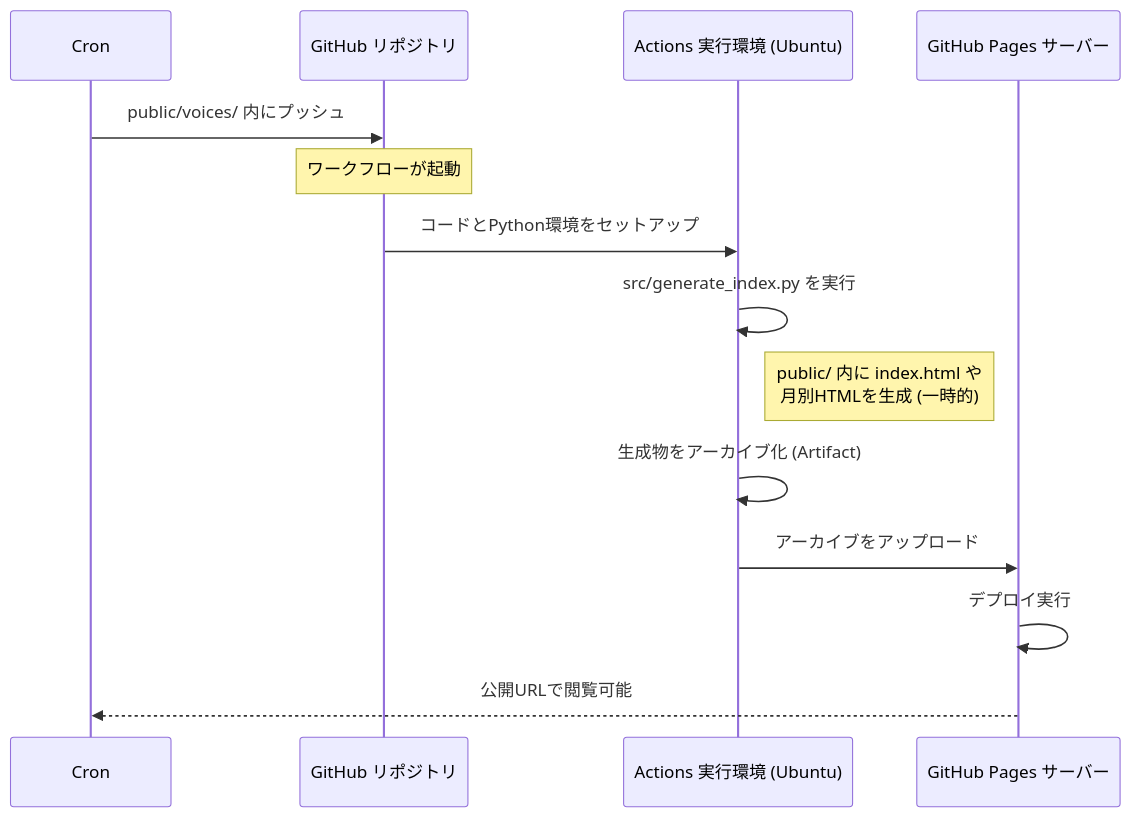
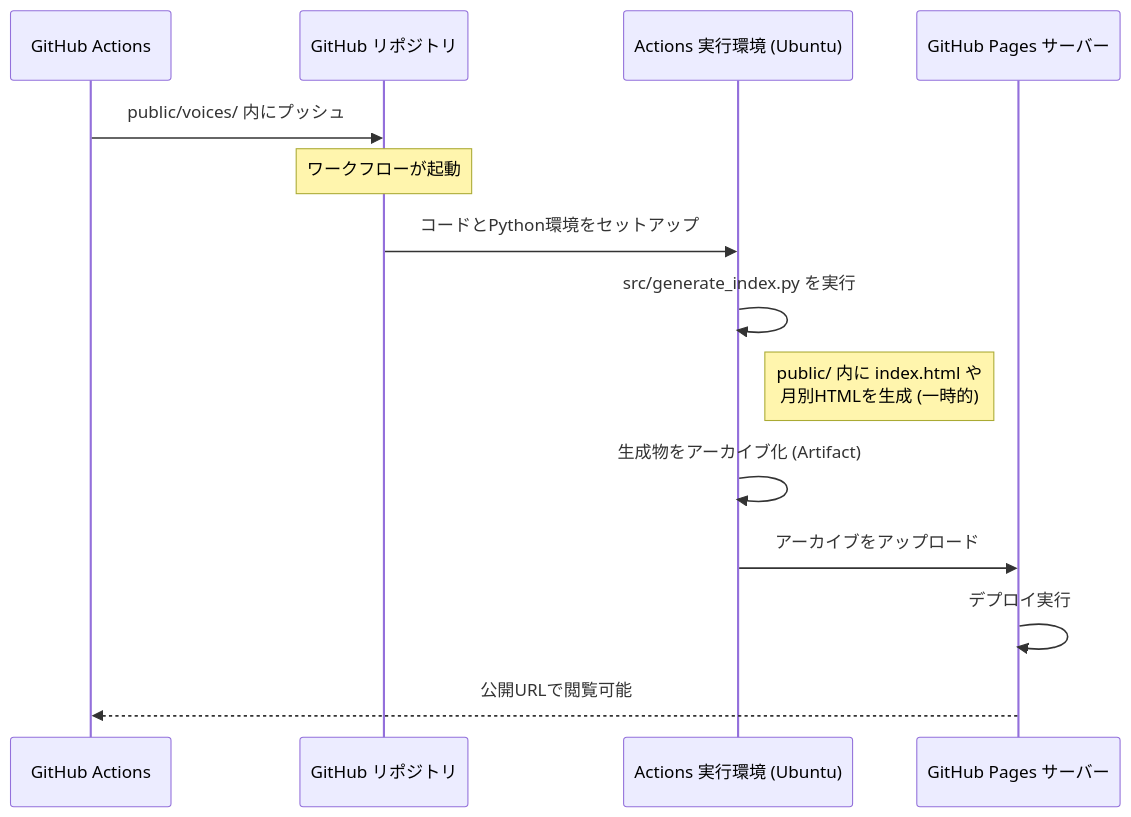
The second of 2 diagrams in README.md (hgssnk/say-something), drawn with Mermaid before and after one commit.

Commit message:
github pages

````diff
--- a/README.md
+++ b/README.md
@@ -24,17 +24,17 @@
 ```mermaid
 sequenceDiagram
-    participant User as Cron
+    participant User as GitHub Actions
     participant Repo as GitHub リポジトリ
     participant Runner as Actions 実行環境 (Ubuntu)
     participant Pages as GitHub Pages サーバー
 
     User->>Repo: public/voices/ 内にプッシュ
     Note over Repo: ワークフローが起動
     Repo->>Runner: コードとPython環境をセットアップ
     Runner->>Runner: src/generate_index.py を実行
     Note right of Runner: public/ 内に index.html や<br/>月別HTMLを生成 (一時的)
     Runner->>Runner: 生成物をアーカイブ化 (Artifact)
     Runner->>Pages: アーカイブをアップロード
     Pages->>Pages: デプロイ実行
     Pages-->>User: 公開URLで閲覧可能
 ```
````
